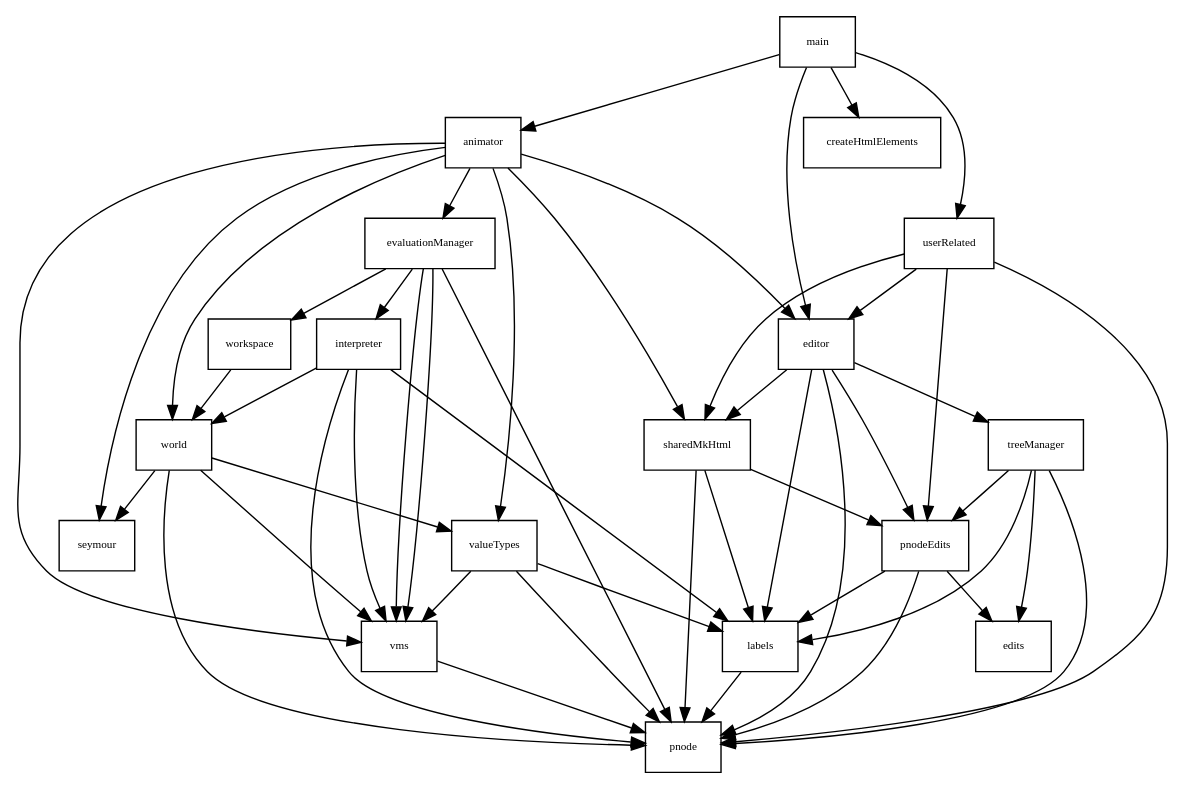
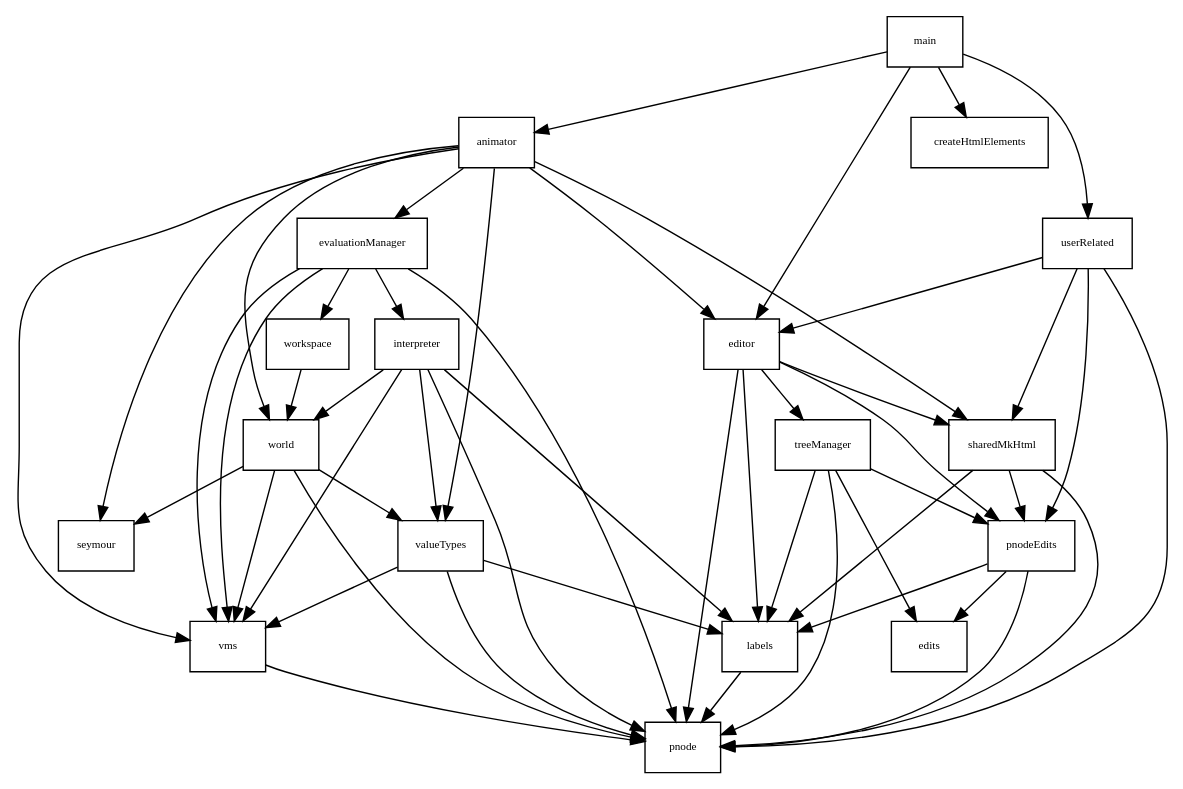
One commit to theodore-norvell/PLAAY changed the diagram in typescriptSrc/dependence.gv. Above: the diagram before and after it, drawn with Graphviz. The commit also changed 6 other files, not shown here.

```diff
--- a/typescriptSrc/dependence.gv
+++ b/typescriptSrc/dependence.gv
@@ -1,69 +1,70 @@
 digraph Depends {
 
    gsize="8,6"; ratio=fill;
    node[fontsize=8, shape=rectangle];
 
 
    animator -> editor ;
    animator -> evaluationManager ;
    animator -> seymour ;
    animator -> sharedMkHtml ;
    animator -> valueTypes ;
    animator -> vms ;
    animator -> world ;
 
    editor -> labels ;
    editor -> pnode ;
    editor -> pnodeEdits ;
    editor -> sharedMkHtml ;
    editor -> treeManager ;
 
    evaluationManager -> vms ;
    evaluationManager -> interpreter ;
    evaluationManager -> pnode ;
    evaluationManager -> workspace ;
    evaluationManager -> vms ;
 
    interpreter -> pnode ;
    interpreter -> labels ;
+   interpreter -> valueTypes ;
    interpreter -> vms ;
    interpreter -> world ;
 
    labels -> pnode ;
 
    main -> createHtmlElements ;
    main -> animator ;
    main -> editor ;
    main -> userRelated ;
 
    pnodeEdits -> edits ;
    pnodeEdits -> labels ;
    pnodeEdits -> pnode ;
 
    sharedMkHtml -> labels ;
    sharedMkHtml -> pnode ;
    sharedMkHtml -> pnodeEdits ;
 
    treeManager -> edits ;
    treeManager -> labels ;
    treeManager -> pnode ;
    treeManager -> pnodeEdits ;
 
    userRelated -> editor ;
    userRelated -> pnodeEdits ;
    userRelated -> pnode ;
    userRelated -> sharedMkHtml ;
    
    valueTypes -> labels ;
    valueTypes -> pnode ;
    valueTypes -> vms ;
 
    vms -> pnode ;
 
    workspace -> world ;
 
    world -> pnode ;
    world -> seymour ;
    world -> valueTypes ;
    world -> vms ;
 }
```
